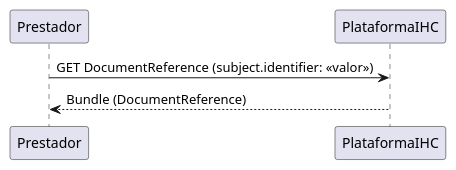
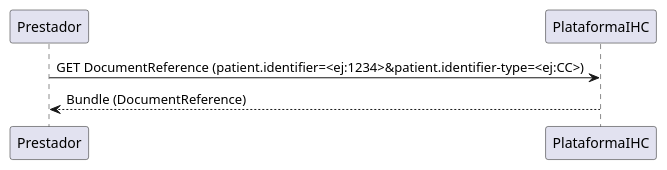
One commit to ColombiaMSP/GuiasImplementacion changed the diagram in input/images-source/BuscarDoc.plantuml. Above: the diagram before and after it, drawn with PlantUML. The commit also changed 13 other files, not shown here.

```diff
--- a/input/images-source/BuscarDoc.plantuml
+++ b/input/images-source/BuscarDoc.plantuml
@@ -1,4 +1,4 @@
 @startuml
-Prestador -> PlataformaIHC: GET DocumentReference (subject.identifier: <<valor>>)
+Prestador -> PlataformaIHC: GET DocumentReference (patient.identifier=<ej:1234>&patient.identifier-type=<ej:CC>)
 PlataformaIHC --> Prestador: Bundle (DocumentReference)
 @enduml
```
